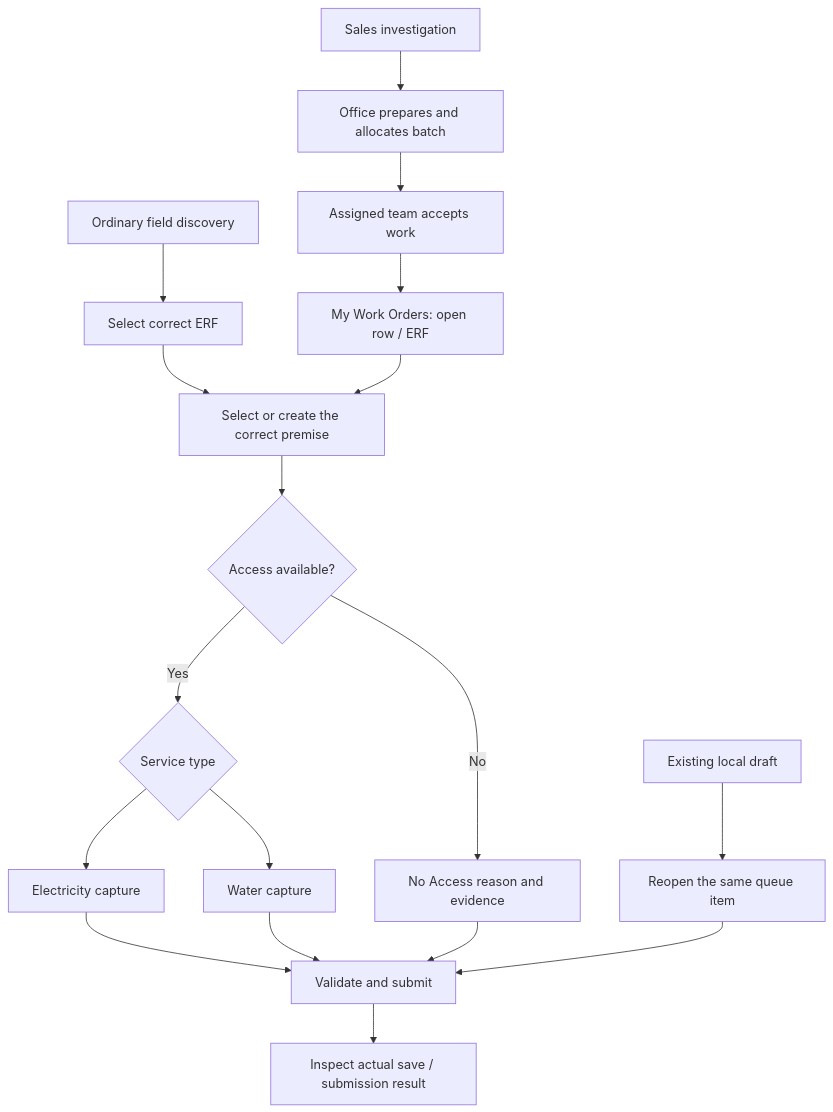
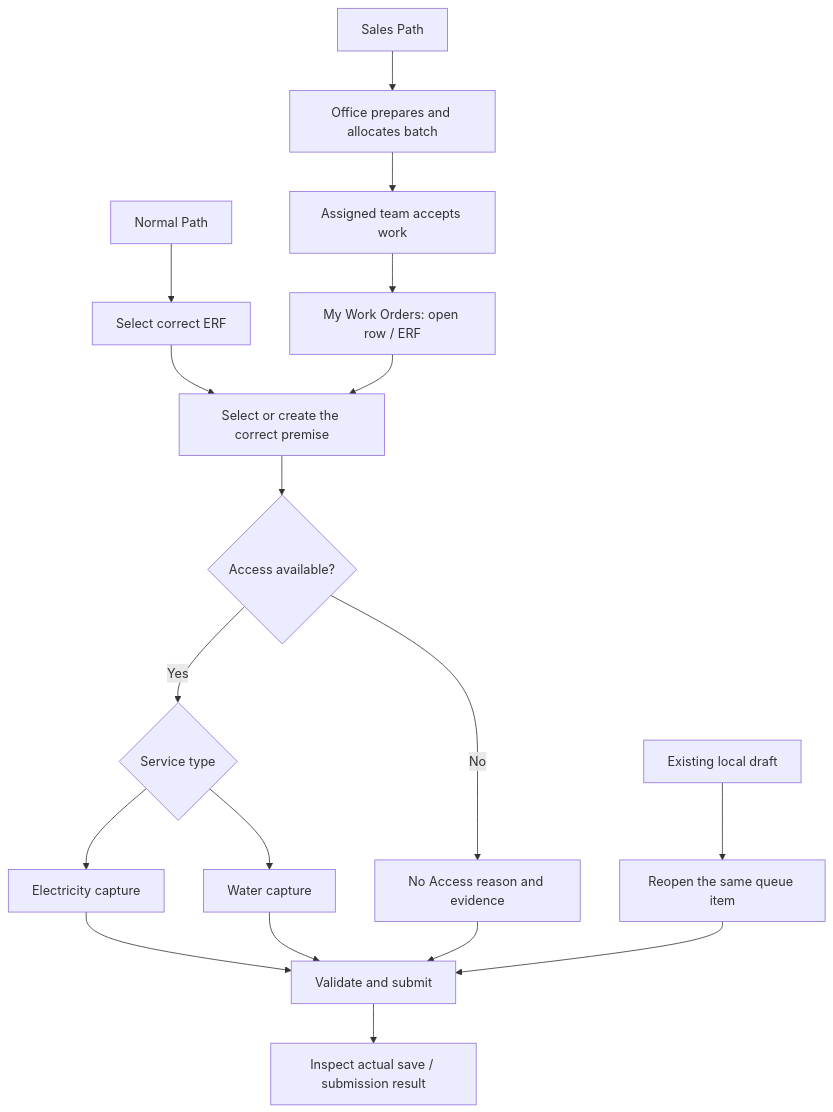
Diagram 13 of 14 in 01-body-of-knowledge/meter-discover-body-of-knowledge.md (fikilek/ireps-academy), drawn with Mermaid before and after one commit. The commit also changed other lines of this file and 26 other files, not shown here.

````diff
--- a/01-body-of-knowledge/meter-discover-body-of-knowledge.md
+++ b/01-body-of-knowledge/meter-discover-body-of-knowledge.md
@@ -111,20 +603,20 @@
 ```mermaid
 flowchart TD
-    N[Ordinary field discovery] --> E[Select correct ERF]
-    S[Sales investigation] --> B[Office prepares and allocates batch]
+    N[Normal Path] --> E[Select correct ERF]
+    S[Sales Path] --> B[Office prepares and allocates batch]
     B --> A[Assigned team accepts work]
     A --> W[My Work Orders: open row / ERF]
     E --> P[Select or create the correct premise]
     W --> P
     P --> Q{Access available?}
     Q -->|No| NA[No Access reason and evidence]
     Q -->|Yes| T{Service type}
     T --> EL[Electricity capture]
     T --> WA[Water capture]
     EL --> V[Validate and submit]
     WA --> V
     NA --> V
     V --> R[Inspect actual save / submission result]
     D[Existing local draft] --> O[Reopen the same queue item]
     O --> V
 ```
````
